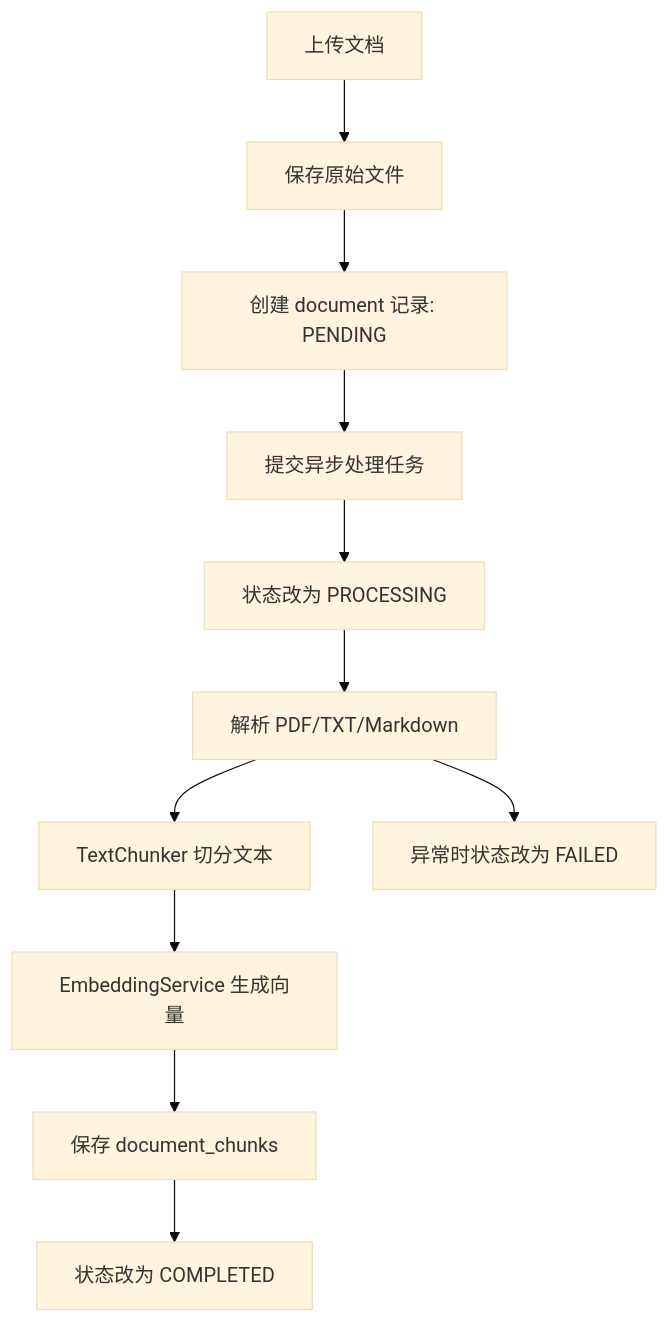
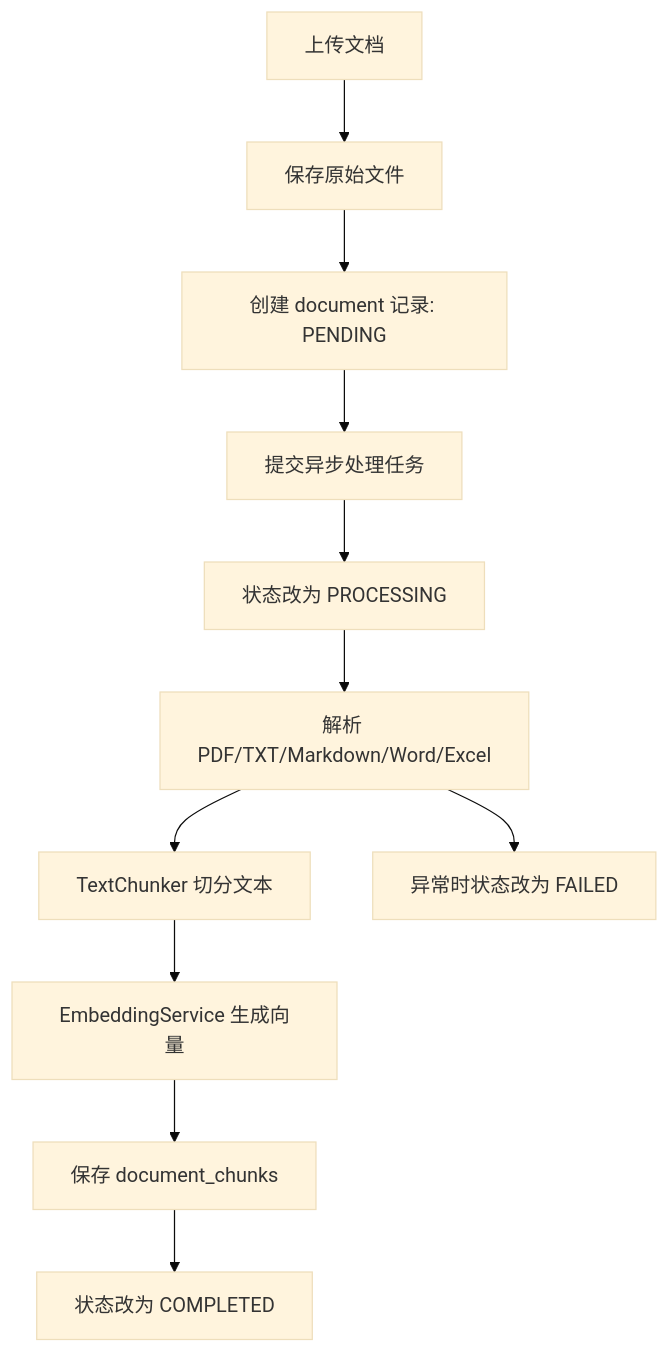
Before and after one commit to Mmei11/rag-knowledge-base: the first of 2 diagrams in docs/rag-flow.md, drawn with Mermaid (base theme). The commit also changed 17 other files, not shown here.

````diff
--- a/docs/rag-flow.md
+++ b/docs/rag-flow.md
@@ -7,13 +7,13 @@
 ```mermaid
 flowchart TD
     Upload[上传文档] --> SaveFile[保存原始文件]
     SaveFile --> CreateDocument[创建 document 记录: PENDING]
     CreateDocument --> AsyncTask[提交异步处理任务]
     AsyncTask --> Processing[状态改为 PROCESSING]
-    Processing --> Parse[解析 PDF/TXT/Markdown]
+    Processing --> Parse[解析 PDF/TXT/Markdown/Word/Excel]
     Parse --> Chunk[TextChunker 切分文本]
     Chunk --> Embed[EmbeddingService 生成向量]
     Embed --> SaveChunks[保存 document_chunks]
     SaveChunks --> Completed[状态改为 COMPLETED]
     Parse --> Failed[异常时状态改为 FAILED]
 ```
````
